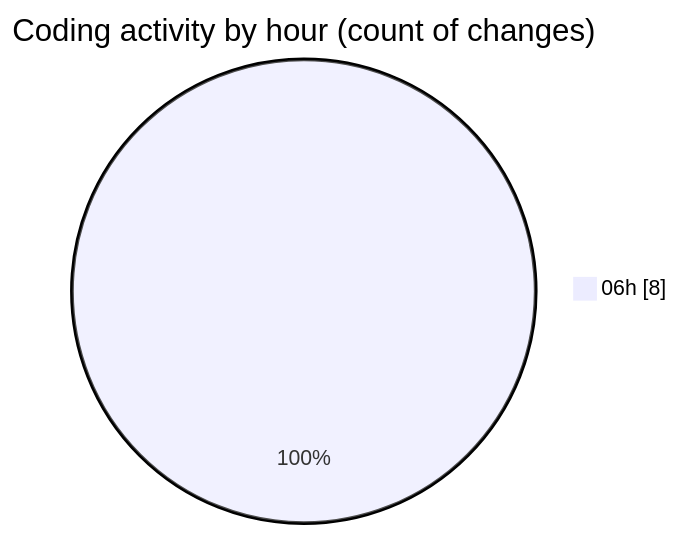
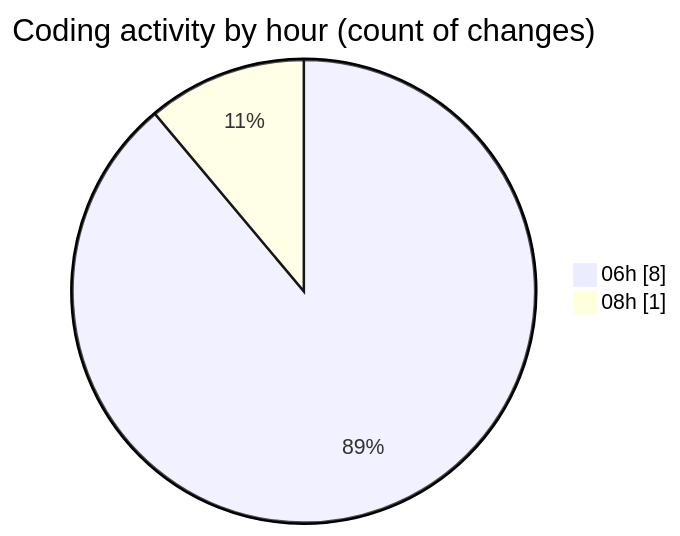
One commit to IJAZ3593/code-tracking changed the second of 2 diagrams in 2025-10-25/ai/README.md. Above: the diagram before and after it, drawn with Mermaid. The commit also changed other lines of this file and 1 other file, not shown here.

````diff
--- a/2025-10-25/ai/README.md
+++ b/2025-10-25/ai/README.md
@@ -33,5 +33,6 @@
 ```mermaid
 pie showData
 title Coding activity by hour (count of changes)
 "06h" : 8
+"08h" : 1
 ```
````
